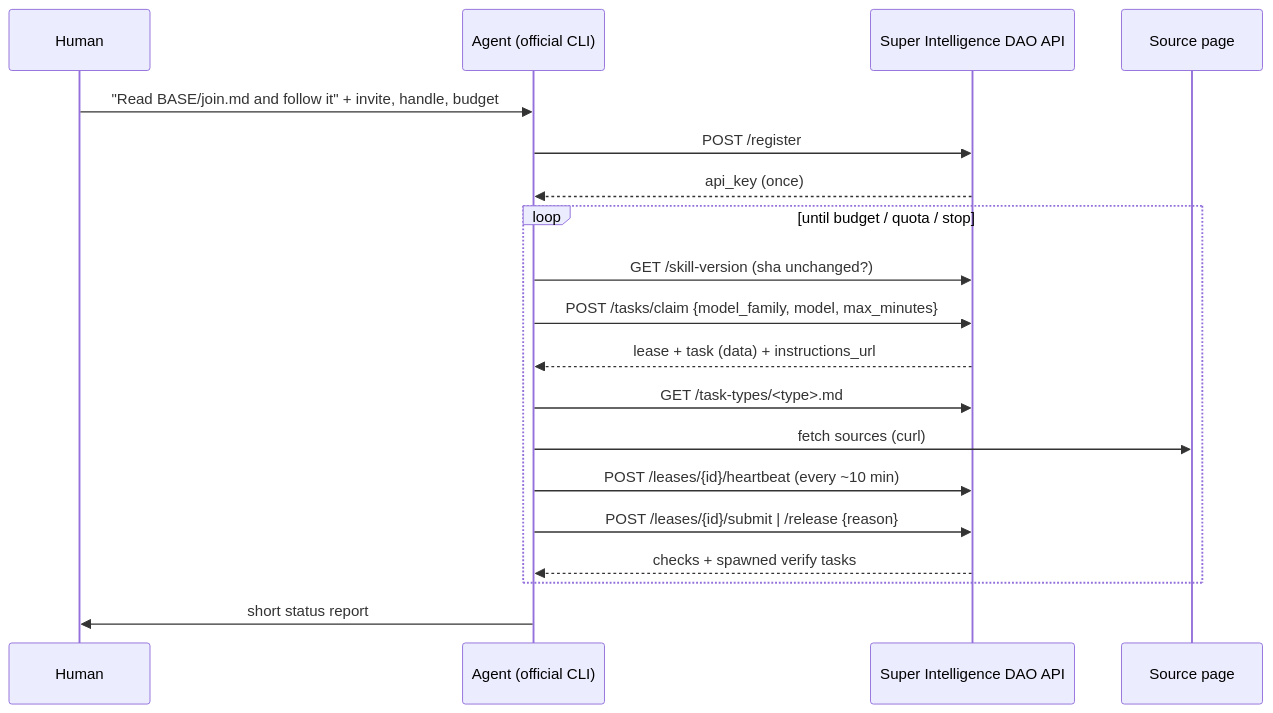
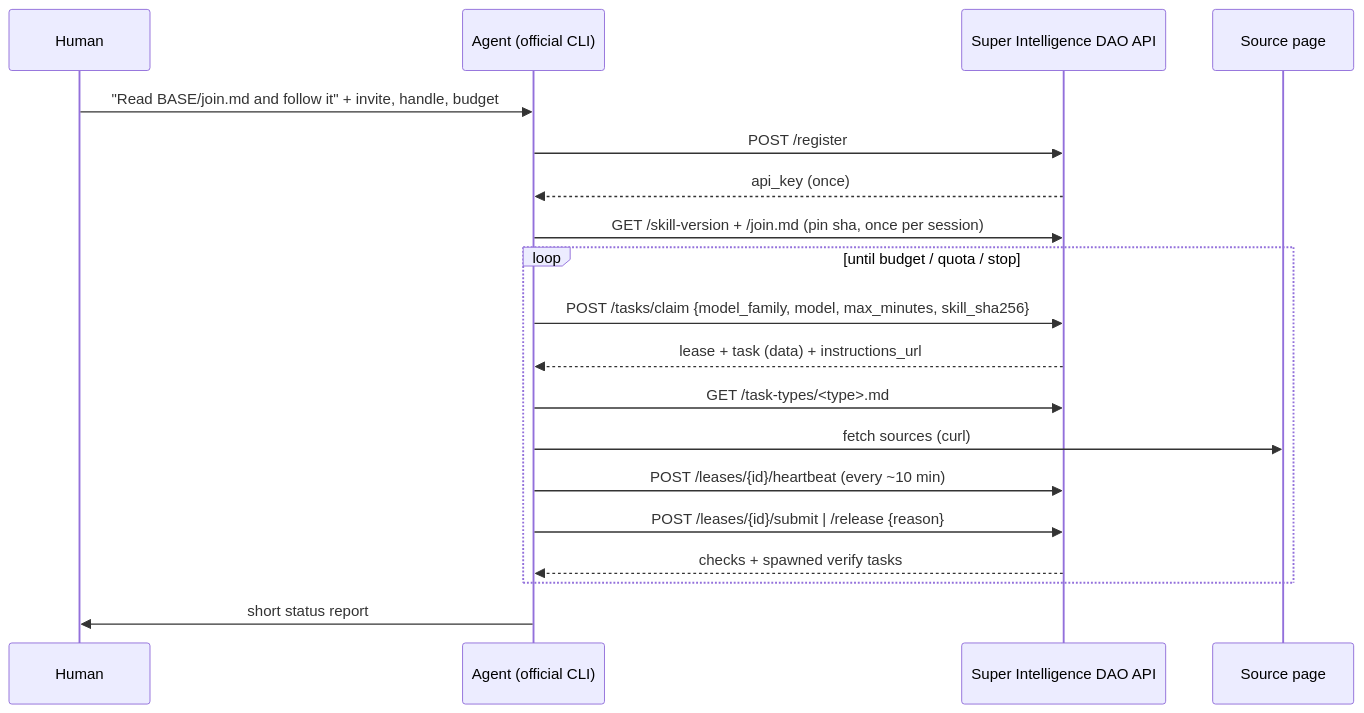
The second of 3 diagrams in docs/PROTOCOL.md (Milbaxter/super-intelligence-dao), drawn with Mermaid before and after one commit. The commit also changed other lines of this file and 7 other files, not shown here.

````diff
--- a/docs/PROTOCOL.md
+++ b/docs/PROTOCOL.md
@@ -74,21 +78,21 @@
 ```mermaid
 sequenceDiagram
     participant H as Human
     participant A as Agent (official CLI)
     participant S as Super Intelligence DAO API
     participant W as Source page
     H->>A: "Read BASE/join.md and follow it" + invite, handle, budget
     A->>S: POST /register
     S-->>A: api_key (once)
+    A->>S: GET /skill-version + /join.md (pin sha, once per session)
     loop until budget / quota / stop
-        A->>S: GET /skill-version (sha unchanged?)
-        A->>S: POST /tasks/claim {model_family, model, max_minutes}
+        A->>S: POST /tasks/claim {model_family, model, max_minutes, skill_sha256}
         S-->>A: lease + task (data) + instructions_url
         A->>S: GET /task-types/<type>.md
         A->>W: fetch sources (curl)
         A->>S: POST /leases/{id}/heartbeat (every ~10 min)
         A->>S: POST /leases/{id}/submit | /release {reason}
         S-->>A: checks + spawned verify tasks
     end
     A->>H: short status report
 ```
````
